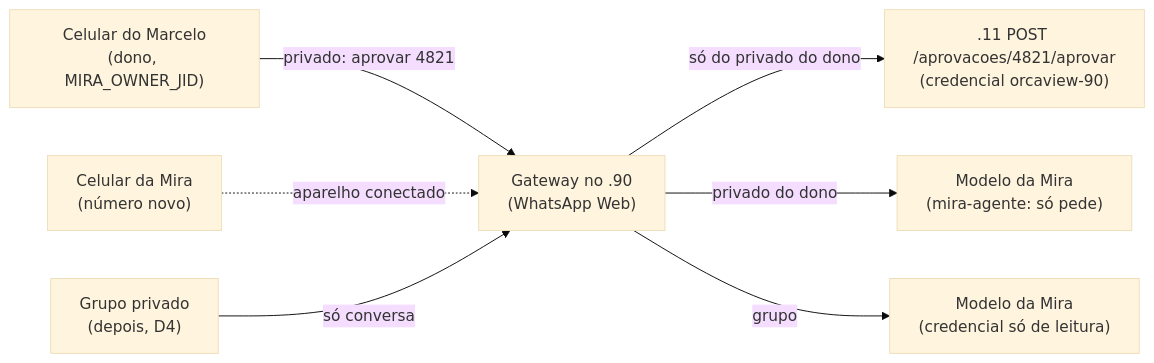
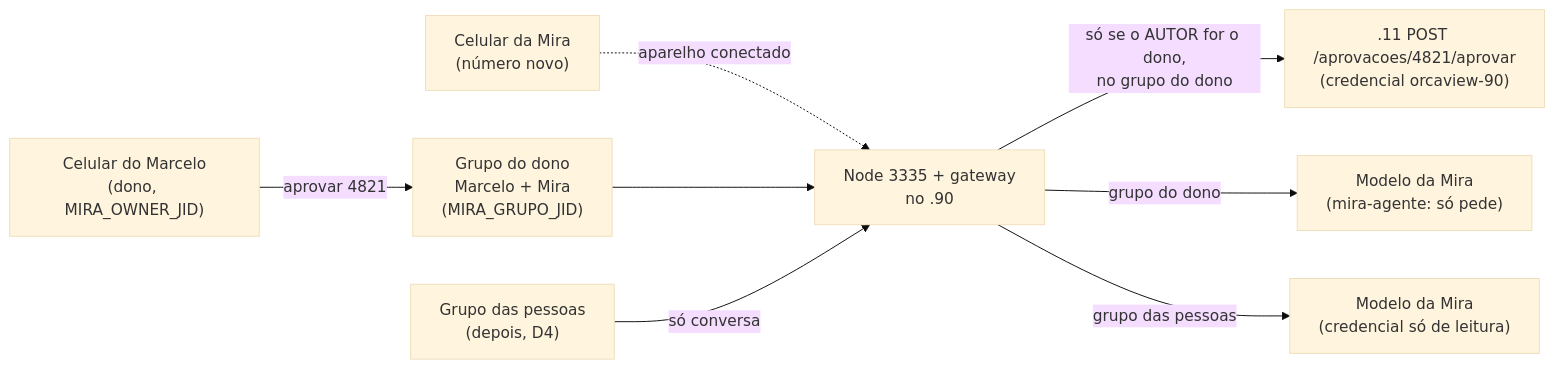
The first of 2 diagrams in docs/PLANO_CELULAR_MIRA.md (MarceloProjetos/oportunidade_wbc), drawn with Mermaid (base theme) before and after one commit. The commit also changed other lines of this file and 1 other file, not shown here.

First line of the commit message:
docs: revise the Mira phone plan against the web code, add network map

````diff
--- a/docs/PLANO_CELULAR_MIRA.md
+++ b/docs/PLANO_CELULAR_MIRA.md
@@ -19,9 +23,10 @@
 ```mermaid
 flowchart LR
-    M["Celular do Marcelo<br/>(dono, MIRA_OWNER_JID)"] -->|"privado: aprovar 4821"| GW["Gateway no .90<br/>(WhatsApp Web)"]
-    C["Celular da Mira<br/>(número novo)"] -.->|"aparelho conectado"| GW
-    G["Grupo privado<br/>(depois, D4)"] -->|"só conversa"| GW
-    GW -->|"só do privado do dono"| A[".11 POST /aprovacoes/4821/aprovar<br/>(credencial orcaview-90)"]
-    GW -->|"privado do dono"| L["Modelo da Mira<br/>(mira-agente: só pede)"]
-    GW -->|"grupo"| R["Modelo da Mira<br/>(credencial só de leitura)"]
+    M["Celular do Marcelo<br/>(dono, MIRA_OWNER_JID)"] -->|"aprovar 4821"| GD["Grupo do dono<br/>Marcelo + Mira<br/>(MIRA_GRUPO_JID)"]
+    C["Celular da Mira<br/>(número novo)"] -.->|"aparelho conectado"| GW["Node 3335 + gateway<br/>no .90"]
+    GD --> GW
+    GP["Grupo das pessoas<br/>(depois, D4)"] -->|"só conversa"| GW
+    GW -->|"só se o AUTOR for o dono,<br/>no grupo do dono"| A[".11 POST /aprovacoes/4821/aprovar<br/>(credencial orcaview-90)"]
+    GW -->|"grupo do dono"| L["Modelo da Mira<br/>(mira-agente: só pede)"]
+    GW -->|"grupo das pessoas"| R["Modelo da Mira<br/>(credencial só de leitura)"]
 ```
````
